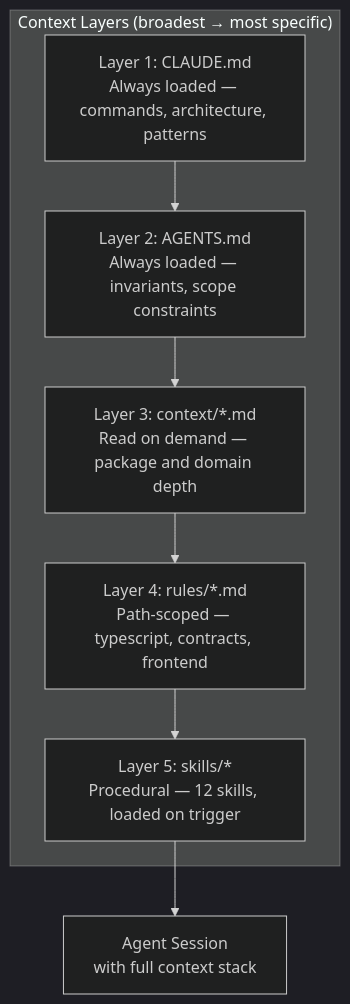
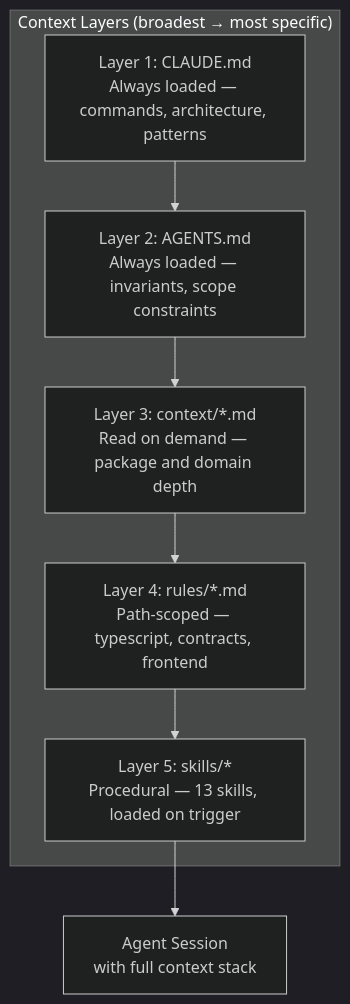
The diagram in docs/docs/builders/agentic/context-engineering.mdx (greenpill-dev-guild/green-goods), drawn with Mermaid (dark theme) before and after one commit. The commit also changed other lines of this file and 6 other files, not shown here.

````diff
--- a/docs/docs/builders/agentic/context-engineering.mdx
+++ b/docs/docs/builders/agentic/context-engineering.mdx
@@ -23,14 +23,14 @@
 ```mermaid
 graph TB
     subgraph Layers["Context Layers (broadest → most specific)"]
         L1["Layer 1: CLAUDE.md\nAlways loaded — commands, architecture, patterns"]
         L2["Layer 2: AGENTS.md\nAlways loaded — invariants, scope constraints"]
         L3["Layer 3: context/*.md\nRead on demand — package and domain depth"]
         L4["Layer 4: rules/*.md\nPath-scoped — typescript, contracts, frontend"]
-        L5["Layer 5: skills/*\nProcedural — 12 skills, loaded on trigger"]
+        L5["Layer 5: skills/*\nProcedural — 13 skills, loaded on trigger"]
     end
 
     L1 --> L2 --> L3 --> L4 --> L5
 
     L5 --> Agent["Agent Session\nwith full context stack"]
 ```
````
